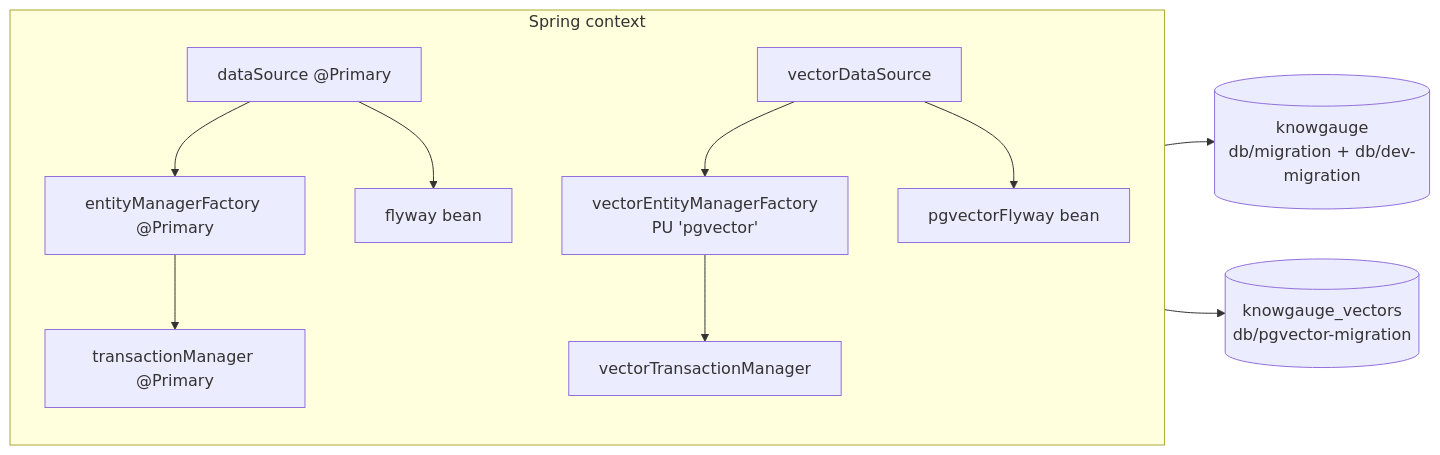
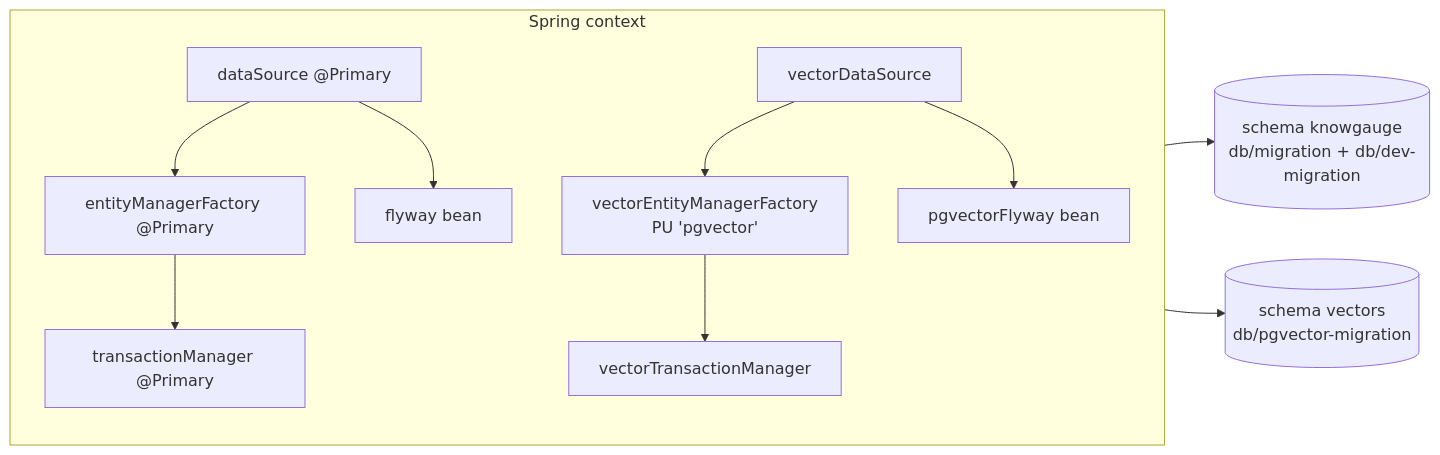
The diagram in docs/architecture/07-persistence-and-storage.md (irina981/know-gauge), drawn with Mermaid before and after one commit. The commit also changed other lines of this file and 24 other files, not shown here.

First line of the commit message:
build(config): Run one Postgres with knowgauge, vectors and keycloak schemas

````diff
--- a/docs/architecture/07-persistence-and-storage.md
+++ b/docs/architecture/07-persistence-and-storage.md
@@ -6,12 +7,12 @@
 ```mermaid
 flowchart LR
     subgraph app[Spring context]
         direction TB
         DS1[dataSource @Primary] --> EMF1[entityManagerFactory @Primary] --> TM1[transactionManager @Primary]
         DS1 --> FW1[flyway bean]
         DS2[vectorDataSource] --> EMF2[vectorEntityManagerFactory<br/>PU 'pgvector'] --> TM2[vectorTransactionManager]
         DS2 --> FW2[pgvectorFlyway bean]
     end
-    DS1 --> MAIN[(knowgauge<br/>db/migration + db/dev-migration)]
-    DS2 --> VEC[(knowgauge_vectors<br/>db/pgvector-migration)]
+    DS1 --> MAIN[(schema knowgauge<br/>db/migration + db/dev-migration)]
+    DS2 --> VEC[(schema vectors<br/>db/pgvector-migration)]
 ```
````
